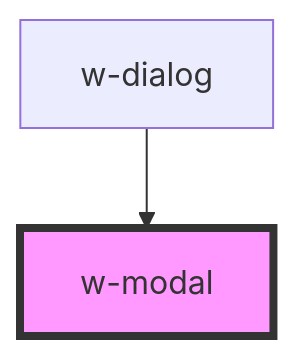
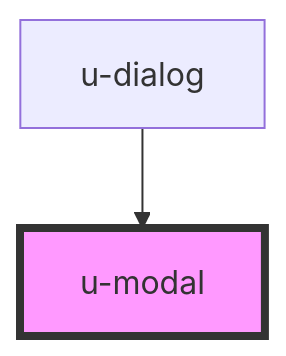
One commit to theUrbans/uniform changed the diagram in src/components/u-modal/readme.md. Above: the diagram before and after it, drawn with Mermaid. The commit also changed other lines of this file and 13 other files, not shown here.

````diff
--- a/src/components/u-modal/readme.md
+++ b/src/components/u-modal/readme.md
@@ -62,5 +62,5 @@
 ```mermaid
 graph TD;
-  w-dialog --> w-modal
-  style w-modal fill:#f9f,stroke:#333,stroke-width:4px
+  u-dialog --> u-modal
+  style u-modal fill:#f9f,stroke:#333,stroke-width:4px
 ```
````
